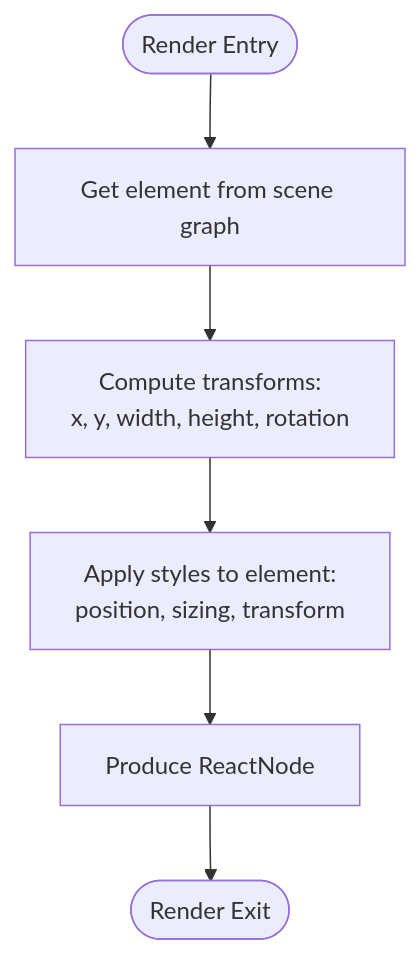
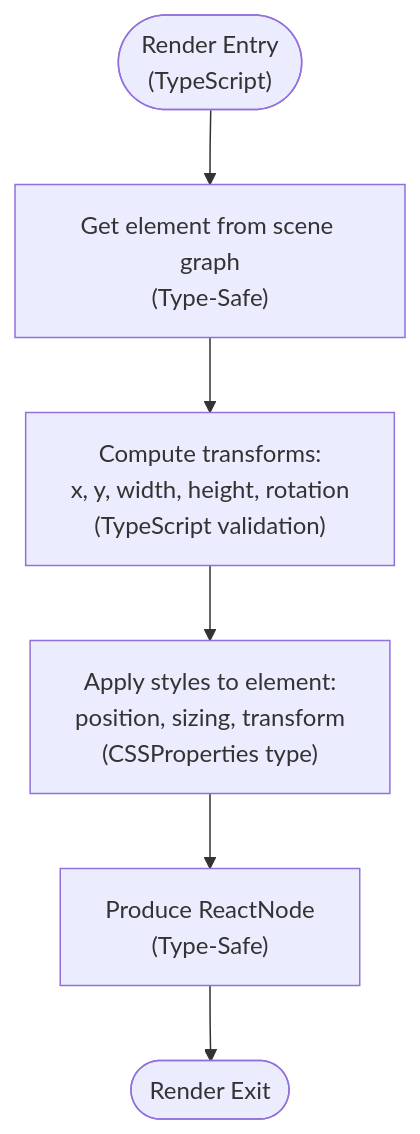
Before and after one commit to Anna0314zy/ai_editor_enginer: the third of 8 diagrams in .qoder/repowiki/en/content/Rendering System/Rendering System.md, drawn with Mermaid. The commit also changed other lines of this file and 10 other files, not shown here.

````diff
--- a/.qoder/repowiki/en/content/Rendering System/Rendering System.md
+++ b/.qoder/repowiki/en/content/Rendering System/Rendering System.md
@@ -162,8 +161,8 @@
 ```mermaid
 flowchart TD
-Start(["Render Entry"]) --> GetElement["Get element from scene graph"]
-GetElement --> ComputeTransforms["Compute transforms:<br/>x, y, width, height, rotation"]
-ComputeTransforms --> ApplyStyles["Apply styles to element:<br/>position, sizing, transform"]
-ApplyStyles --> RenderNode["Produce ReactNode"]
+Start(["Render Entry<br/>(TypeScript)"]) --> GetElement["Get element from scene graph<br/>(Type-Safe)"]
+GetElement --> ComputeTransforms["Compute transforms:<br/>x, y, width, height, rotation<br/>(TypeScript validation)"]
+ComputeTransforms --> ApplyStyles["Apply styles to element:<br/>position, sizing, transform<br/>(CSSProperties type)"]
+ApplyStyles --> RenderNode["Produce ReactNode<br/>(Type-Safe)"]
 RenderNode --> End(["Render Exit"])
 ```
````
